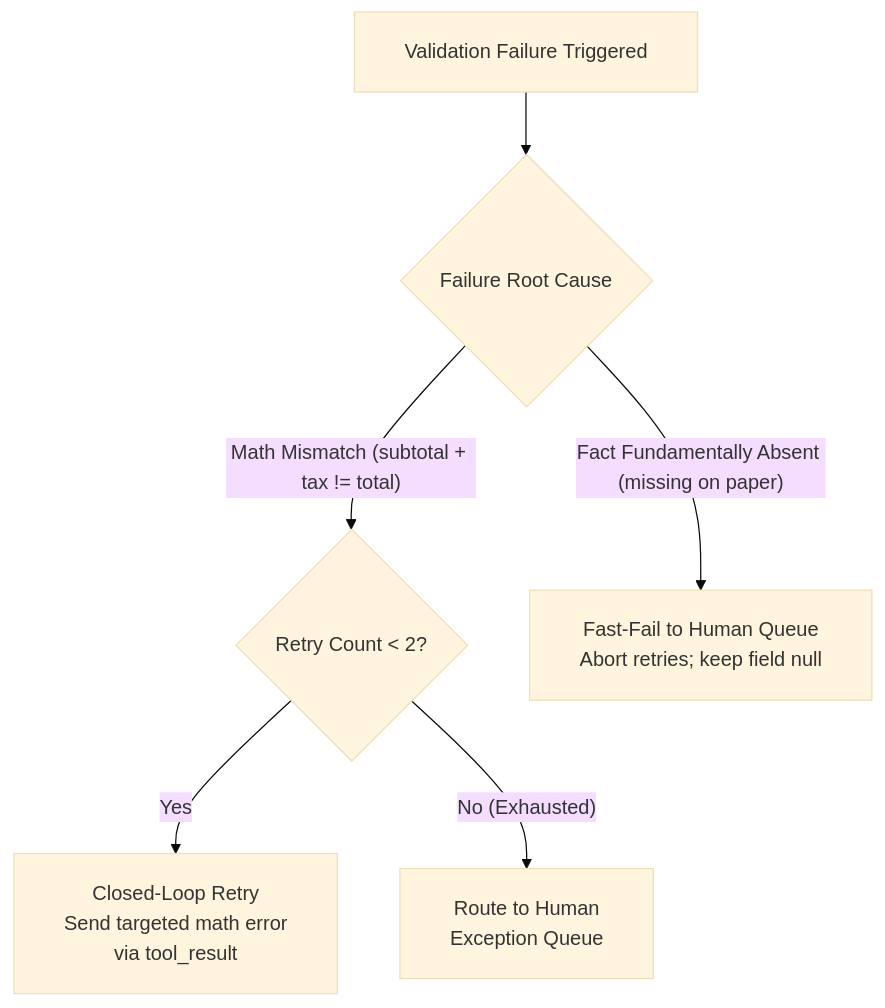
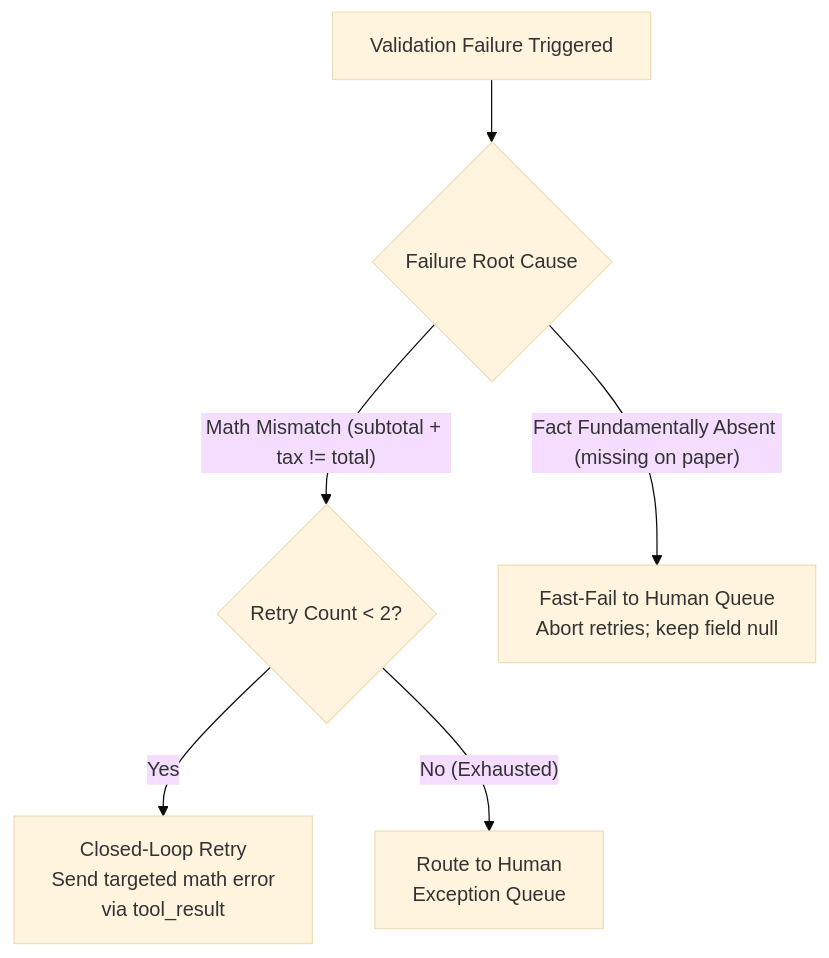
One commit to dip4k/claude_cert_architect_foundation_prep changed the second of 3 diagrams in scenarios/scenario_6_structured_data_extraction/SCENARIO_GUIDE.md. Above: the diagram before and after it, drawn with Mermaid (base theme). The commit also changed other lines of this file and 31 other files, not shown here.

First line of the commit message:
docs(diagrams): fix GitHub Mermaid rendering cut-off, wrappingWidth, and entity escapes across all 32 docs

````diff
--- a/scenarios/scenario_6_structured_data_extraction/SCENARIO_GUIDE.md
+++ b/scenarios/scenario_6_structured_data_extraction/SCENARIO_GUIDE.md
@@ -179,12 +179,12 @@
 ```mermaid
-%%{init: {"flowchart": {"htmlLabels": true, "padding": 20}}}%%
+%%{init: {"flowchart": {"htmlLabels": true, "wrappingWidth": 250}}}%%
 flowchart TD
     ValidationError["Validation Failure Triggered"] --> FailureType{"Failure Root Cause"}
     
-    FailureType -- "Math Mismatch (subtotal + tax != total)" --> RetryCheck{"Retry Count < 2?"}
+    FailureType -- "Math Mismatch (subtotal + tax != total)" --> RetryCheck{"Retry Count &lt; 2?"}
     
     RetryCheck -- "Yes" --> SendRetry["Closed-Loop Retry<br/>Send targeted math error<br/>via tool_result"]
     RetryCheck -- "No (Exhausted)" --> HumanQueue["Route to Human<br/>Exception Queue"]
     
     FailureType -- "Fact Fundamentally Absent (missing on paper)" --> FastFail["Fast-Fail to Human Queue<br/>Abort retries; keep field null"]
 ```
````
